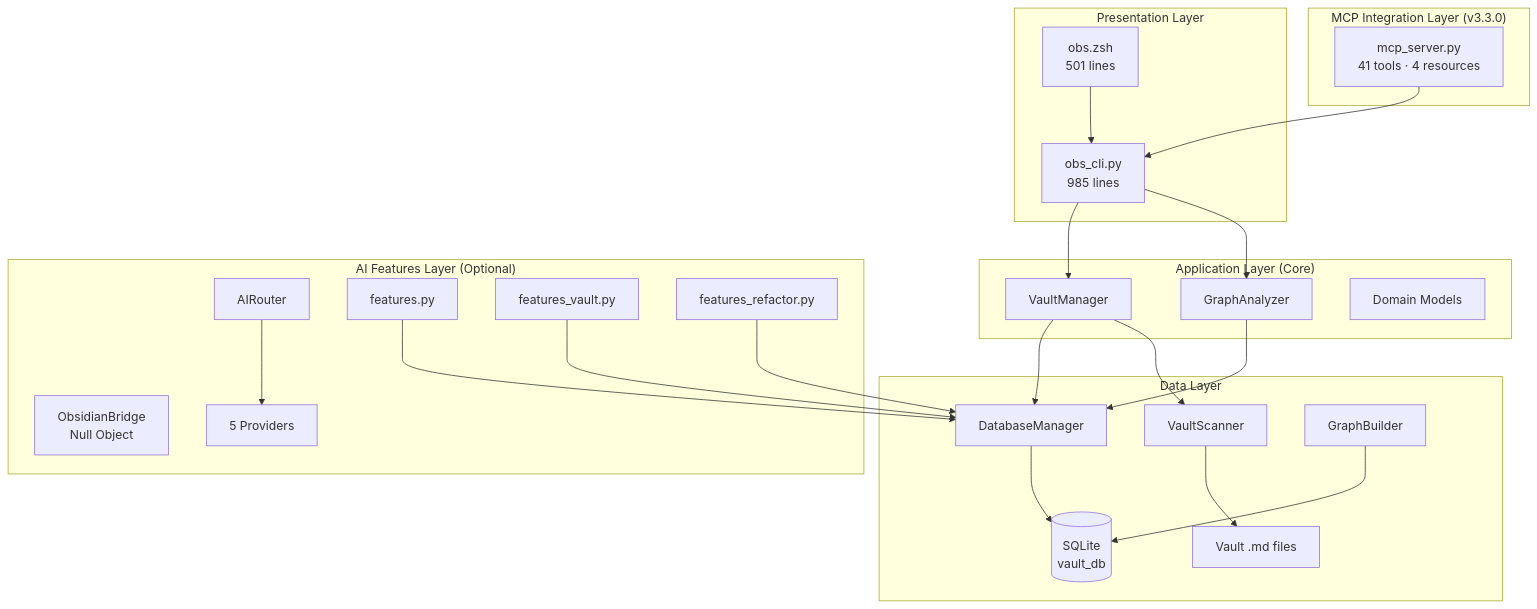
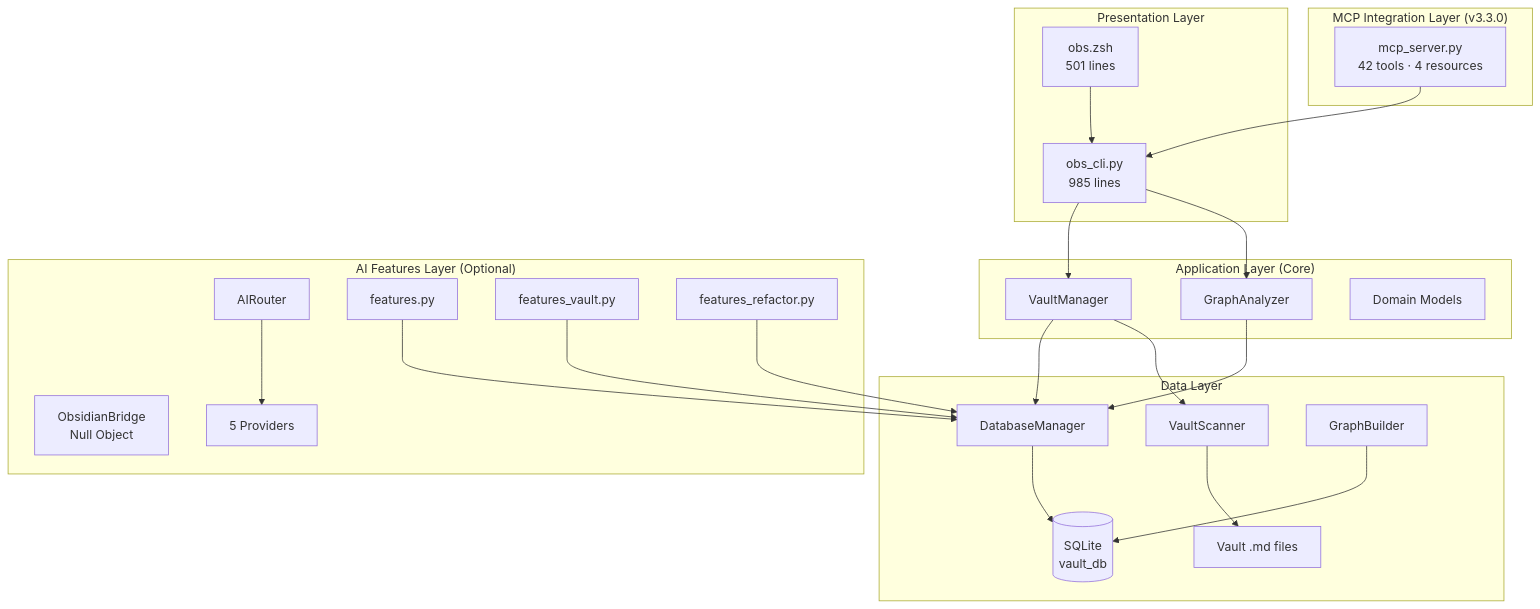
The first of 10 diagrams in docs_mkdocs/developer/architecture.md (Data-Wise/obsidian-cli-ops), drawn with Mermaid before and after one commit. The commit also changed other lines of this file and 19 other files, not shown here.

````diff
--- a/docs_mkdocs/developer/architecture.md
+++ b/docs_mkdocs/developer/architecture.md
@@ -11,49 +11,49 @@
 ```mermaid
 flowchart TD
     subgraph Presentation["Presentation Layer"]
         Z[obs.zsh\n501 lines]
         P[obs_cli.py\n985 lines]
     end
 
     subgraph MCP["MCP Integration Layer (v3.3.0)"]
-        M[mcp_server.py\n41 tools · 4 resources]
+        M[mcp_server.py\n42 tools · 4 resources]
     end
 
     subgraph Core["Application Layer (Core)"]
         VM[VaultManager]
         GA[GraphAnalyzer]
         DM[Domain Models]
     end
 
     subgraph AI["AI Features Layer (Optional)"]
         AR[AIRouter]
         FT[features.py]
         FV[features_vault.py]
         FR[features_refactor.py]
         OB[ObsidianBridge\nNull Object]
         PR[5 Providers]
     end
 
     subgraph Data["Data Layer"]
         DB[DatabaseManager]
         VS[VaultScanner]
         GB[GraphBuilder]
         SQ[(SQLite\nvault_db)]
         FS[Vault .md files]
     end
 
     Z --> P
     P --> VM
     P --> GA
     M --> P
     VM --> DB
     GA --> DB
     VM --> VS
     VS --> FS
     FT --> DB
     FV --> DB
     FR --> DB
     AR --> PR
     DB --> SQ
     GB --> SQ
 ```
````
